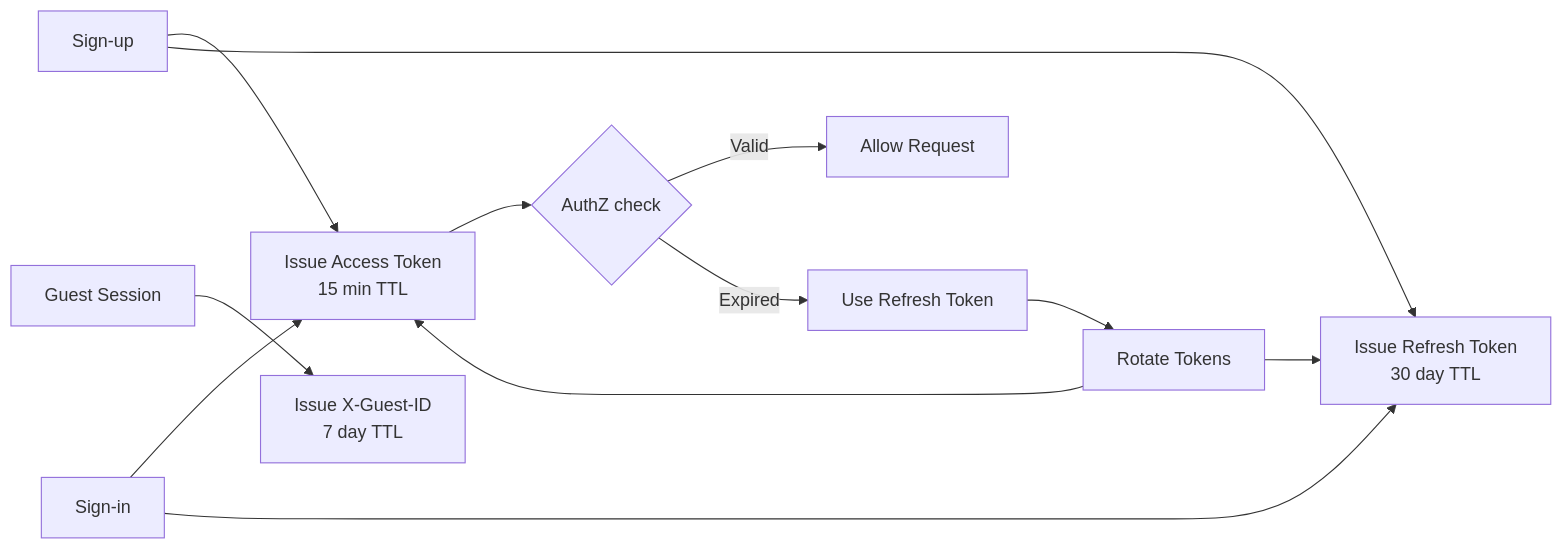
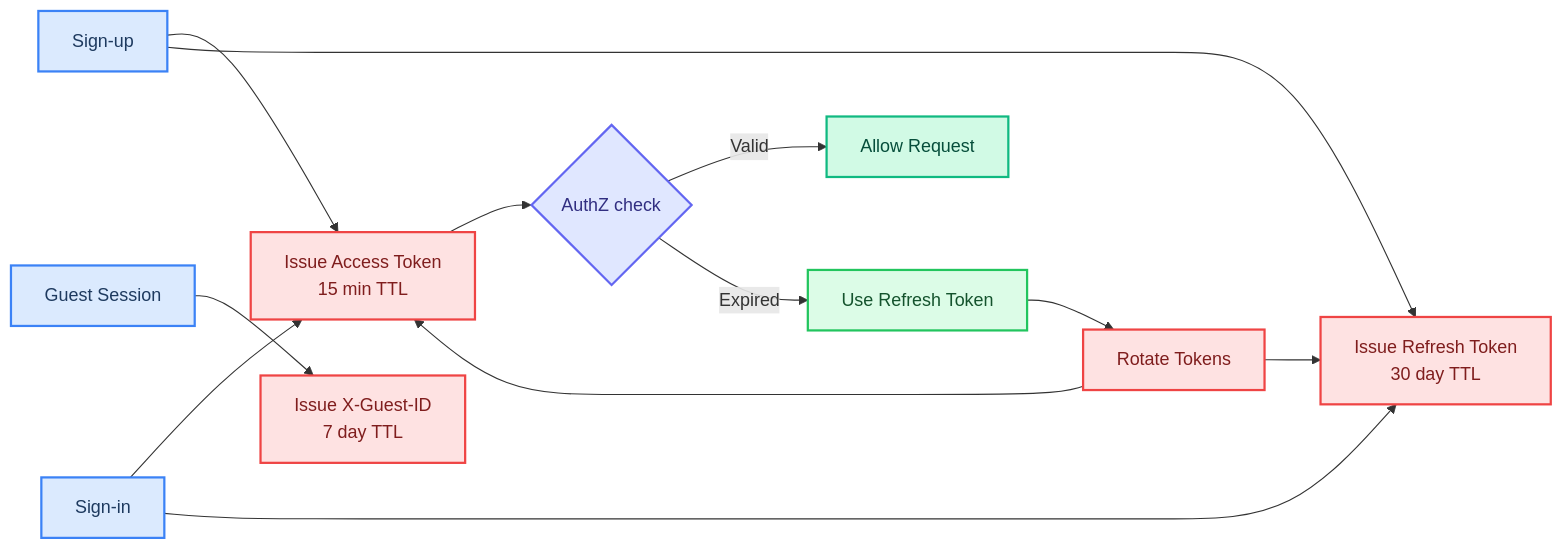
The third of 3 diagrams in docs/architecture/AUTHENTICATION.md (SafeVixAI/SafeVixAI), drawn with Mermaid before and after one commit. The commit also changed other lines of this file and 85 other files, not shown here.

Commit message:
docs: Fix Mermaid diagrams, resolve relative link warnings, and ensure clean mkdocs build

````diff
--- a/docs/architecture/AUTHENTICATION.md
+++ b/docs/architecture/AUTHENTICATION.md
@@ -64,18 +81,27 @@
 ```mermaid
 flowchart LR
-    SIGNUP[Sign-up] --> ACCESS[Issue Access Token<br/>15 min TTL]
-    SIGNUP --> REFRESH[Issue Refresh Token<br/>30 day TTL]
+    classDef edge fill:#dbeafe,stroke:#3b82f6,stroke-width:2px,color:#1e3a5f
+    classDef control fill:#dcfce7,stroke:#22c55e,stroke-width:2px,color:#14532d
+    classDef ai fill:#f3e8ff,stroke:#a855f7,stroke-width:2px,color:#581c87
+    classDef data fill:#fef3c7,stroke:#f59e0b,stroke-width:2px,color:#78350f
+    classDef security fill:#fee2e2,stroke:#ef4444,stroke-width:2px,color:#7f1d1d
+    classDef external fill:#f1f5f9,stroke:#94a3b8,stroke-width:2px,stroke-dasharray:5 5,color:#334155
+    classDef decision fill:#e0e7ff,stroke:#6366f1,stroke-width:2px,color:#312e81
+    classDef success fill:#d1fae5,stroke:#10b981,stroke-width:2px,color:#064e3b
 
-    LOGIN[Sign-in] --> ACCESS
+    SIGNUP["Sign-up"]:::edge --> ACCESS["Issue Access Token<br/>15 min TTL"]:::security
+    SIGNUP --> REFRESH["Issue Refresh Token<br/>30 day TTL"]:::security
+
+    LOGIN["Sign-in"]:::edge --> ACCESS
     LOGIN --> REFRESH
 
-    ACCESS --> EXP{AuthZ check}
-    EXP -->|Valid| ALLOW[Allow Request]
-    EXP -->|Expired| REFRESH_FLOW[Use Refresh Token]
+    ACCESS --> EXP{"AuthZ check"}:::decision
+    EXP -->|"Valid"| ALLOW["Allow Request"]:::success
+    EXP -->|"Expired"| REFRESH_FLOW["Use Refresh Token"]:::control
 
-    REFRESH_FLOW --> ROTATE[Rotate Tokens]
+    REFRESH_FLOW --> ROTATE["Rotate Tokens"]:::security
     ROTATE --> ACCESS
     ROTATE --> REFRESH
 
-    GUEST[Guest Session] --> GUEST_ID[Issue X-Guest-ID<br/>7 day TTL]
+    GUEST["Guest Session"]:::edge --> GUEST_ID["Issue X-Guest-ID<br/>7 day TTL"]:::security
 ```
````
